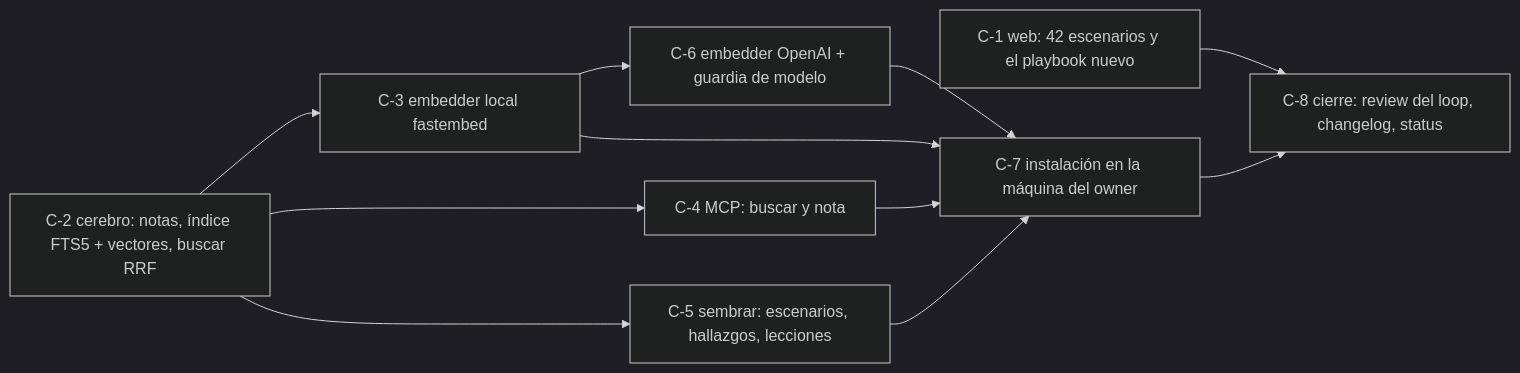
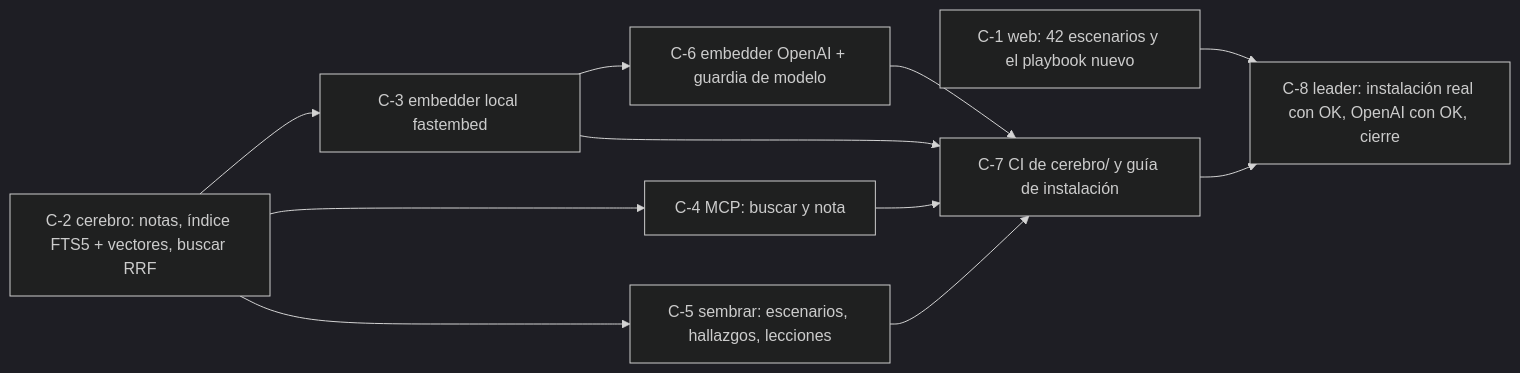
Before and after one commit to Fakundus01/sdd-universal: the diagram in sdd/loops/obsidian-cerebro.md, drawn with Mermaid (dark theme). The commit also changed other lines of this file and 8 other files, not shown here.

````diff
--- a/sdd/loops/obsidian-cerebro.md
+++ b/sdd/loops/obsidian-cerebro.md
@@ -24,11 +24,10 @@
 ```mermaid
 graph LR
   C-1[C-1 web: 42 escenarios y el playbook nuevo]
   C-2[C-2 cerebro: notas, índice FTS5 + vectores, buscar RRF] --> C-3[C-3 embedder local fastembed]
   C-2 --> C-4[C-4 MCP: buscar y nota]
   C-2 --> C-5[C-5 sembrar: escenarios, hallazgos, lecciones]
   C-3 --> C-6[C-6 embedder OpenAI + guardia de modelo]
-  C-3 & C-4 & C-5 --> C-7[C-7 instalación en la máquina del owner]
-  C-6 --> C-7
-  C-1 & C-7 --> C-8[C-8 cierre: review del loop, changelog, status]
+  C-3 & C-4 & C-5 & C-6 --> C-7[C-7 CI de cerebro/ y guía de instalación]
+  C-1 & C-7 --> C-8[C-8 leader: instalación real con OK, OpenAI con OK, cierre]
 ```
````
